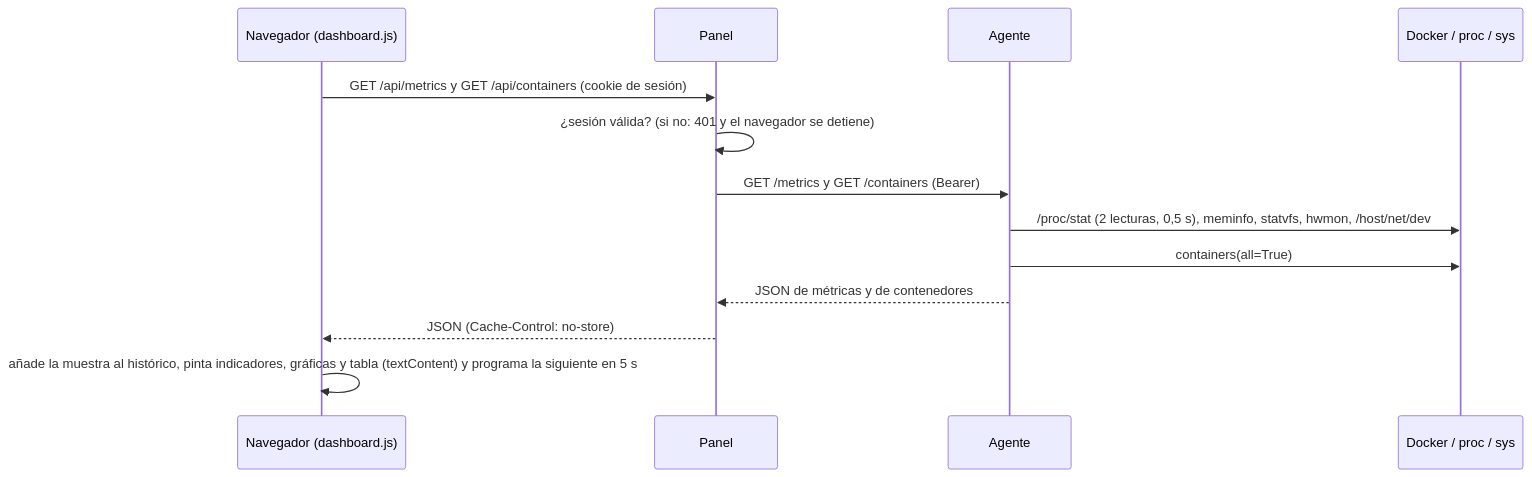
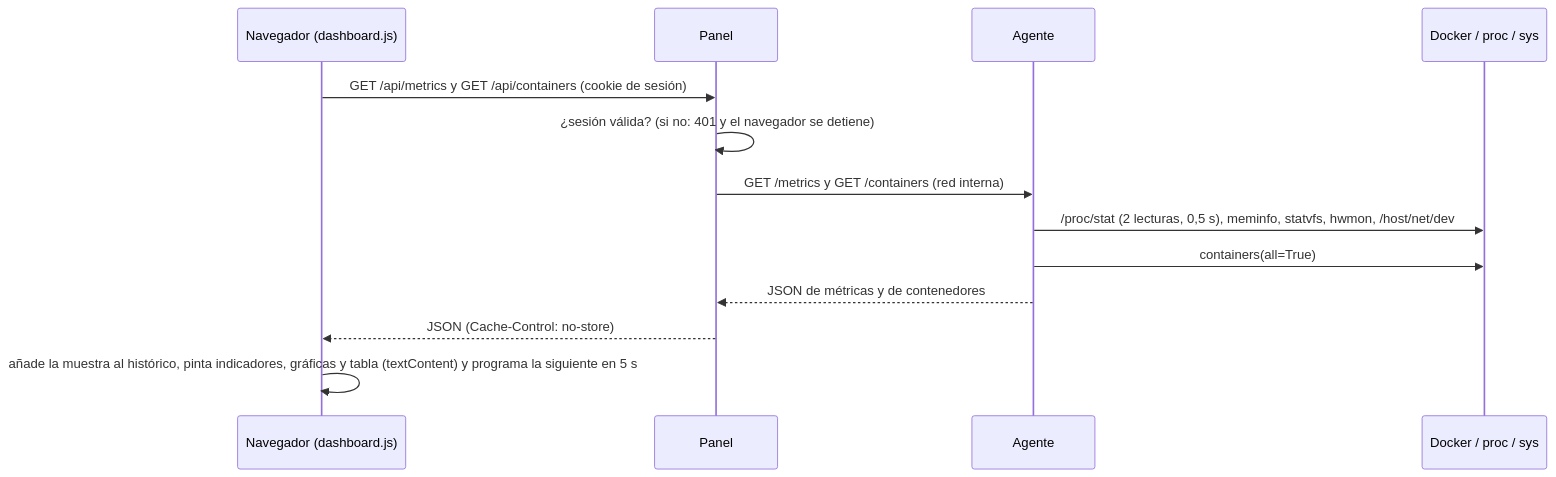
One commit to javialbala/Server-Monitoring-Service changed the second of 2 diagrams in docs/03-arquitectura.md. Above: the diagram before and after it, drawn with Mermaid. The commit also changed other lines of this file and 17 other files, not shown here.

````diff
--- a/docs/03-arquitectura.md
+++ b/docs/03-arquitectura.md
@@ -54,16 +53,16 @@
 ```mermaid
 sequenceDiagram
     participant B as Navegador (dashboard.js)
     participant P as Panel
     participant A as Agente
     participant D as Docker / proc / sys
 
     B->>P: GET /api/metrics y GET /api/containers (cookie de sesión)
     P->>P: ¿sesión válida? (si no: 401 y el navegador se detiene)
-    P->>A: GET /metrics y GET /containers (Bearer)
+    P->>A: GET /metrics y GET /containers (red interna)
     A->>D: /proc/stat (2 lecturas, 0,5 s), meminfo, statvfs, hwmon, /host/net/dev
     A->>D: containers(all=True)
     A-->>P: JSON de métricas y de contenedores
     P-->>B: JSON (Cache-Control: no-store)
     B->>B: añade la muestra al histórico, pinta indicadores, gráficas y tabla (textContent) y programa la siguiente en 5 s
 ```
````
